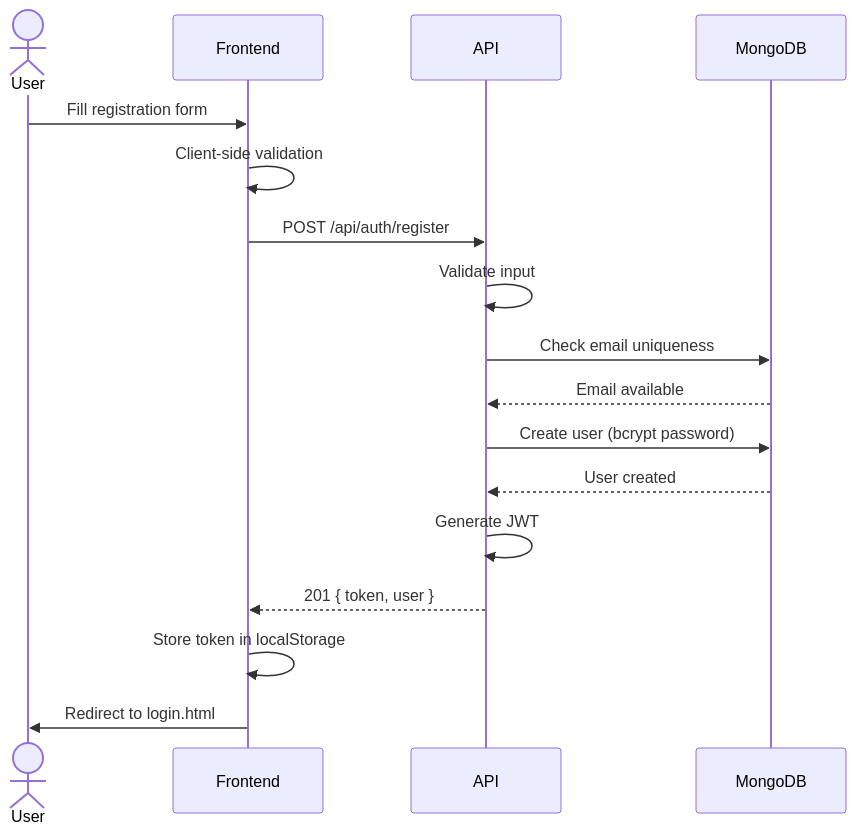
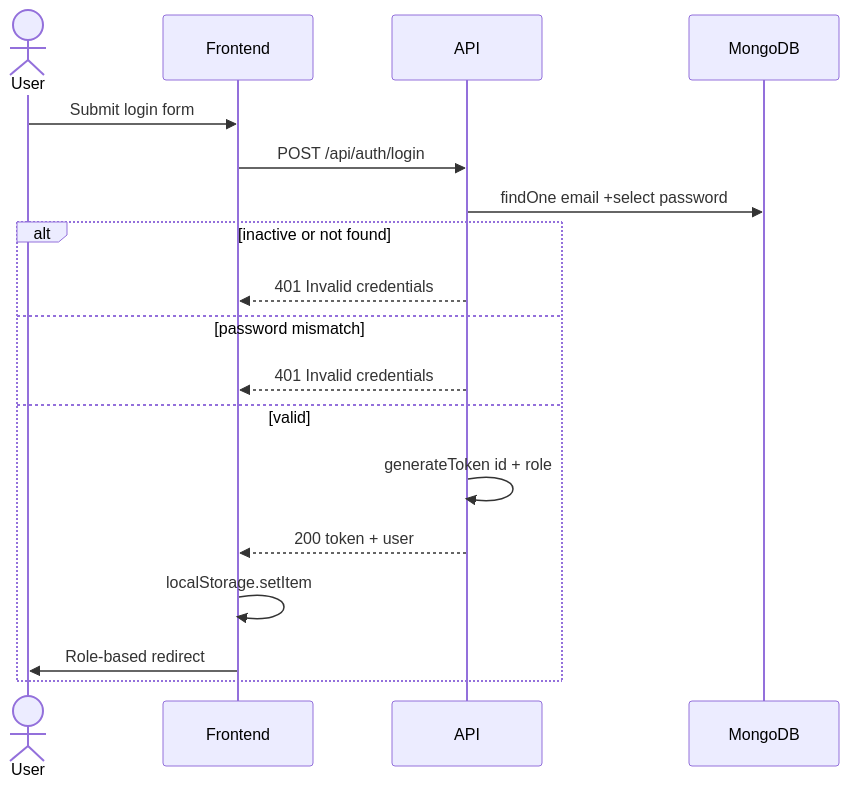
The seventh of 17 diagrams in DOCUMENTATION.md (ayatkady/eelu-library-hub), drawn with Mermaid before and after one commit. The commit also changed other lines of this file and 21 other files, not shown here.

````diff
--- a/DOCUMENTATION.md
+++ b/DOCUMENTATION.md
@@ -1299,20 +2119,21 @@
 ```mermaid
 sequenceDiagram
     actor U as User
     participant F as Frontend
     participant A as API
     participant DB as MongoDB
 
-    U->>F: Fill registration form
-    F->>F: Client-side validation
-    F->>A: POST /api/auth/register
-    A->>A: Validate input
-    A->>DB: Check email uniqueness
-    DB-->>A: Email available
-    A->>DB: Create user (bcrypt password)
-    DB-->>A: User created
-    A->>A: Generate JWT
-    A-->>F: 201 { token, user }
-    F->>F: Store token in localStorage
-    F->>U: Redirect to login.html
+    U->>F: Submit login form
+    F->>A: POST /api/auth/login
+    A->>DB: findOne email +select password
+    alt inactive or not found
+        A-->>F: 401 Invalid credentials
+    else password mismatch
+        A-->>F: 401 Invalid credentials
+    else valid
+        A->>A: generateToken id + role
+        A-->>F: 200 token + user
+        F->>F: localStorage.setItem
+        F->>U: Role-based redirect
+    end
 ```
````
